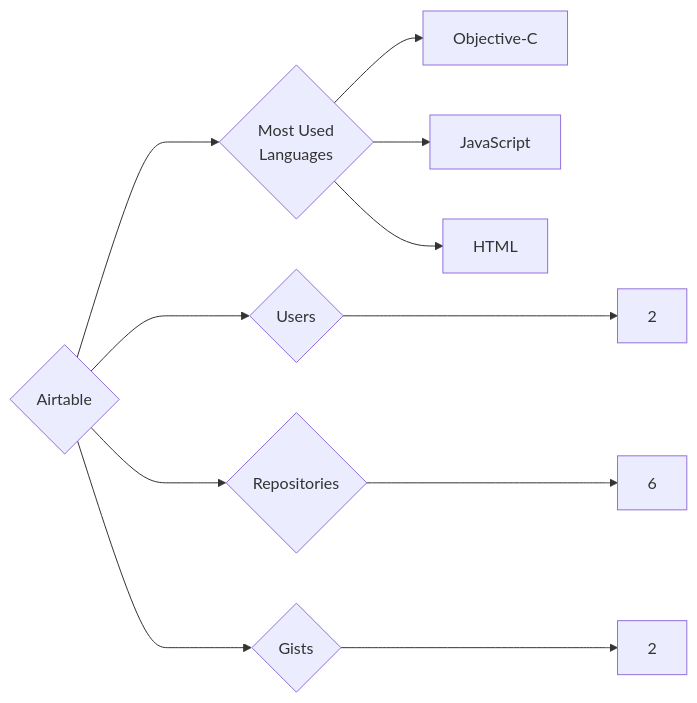
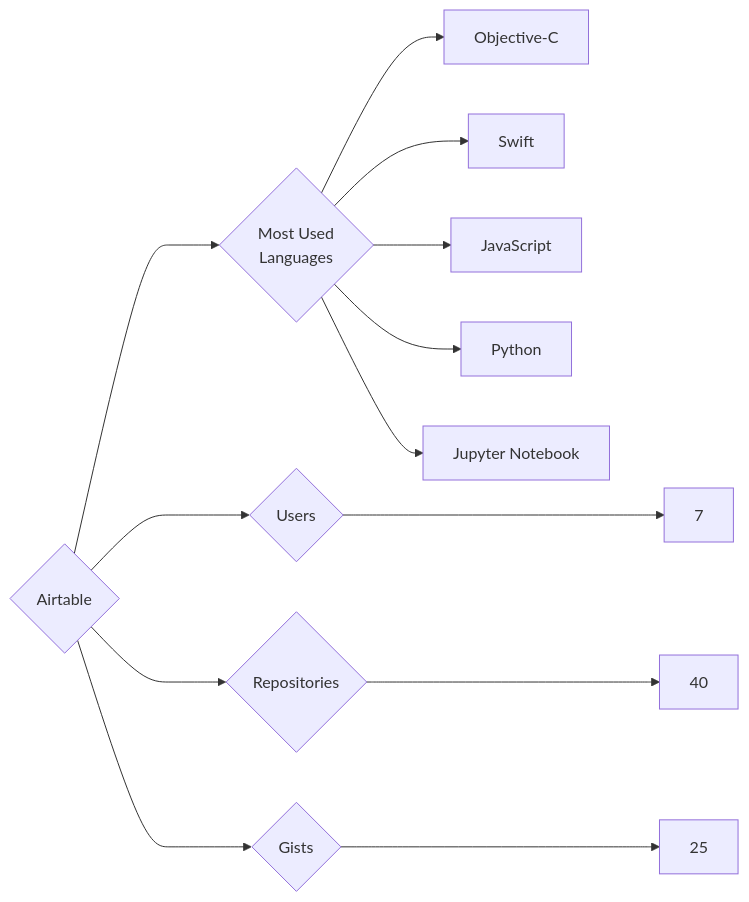
One commit to trickest/insiders changed the diagram in targets/Airtable/README.md. Above: the diagram before and after it, drawn with Mermaid. The commit also changed 724 other files, not shown here.

````diff
--- a/targets/Airtable/README.md
+++ b/targets/Airtable/README.md
@@ -3,11 +3,13 @@
 ```mermaid
 graph LR
 COMPANY_NAME{Airtable}
-COMPANY_NAME ---> U{Users} ---> UN[2]
-COMPANY_NAME ---> R{Repositories} ---> RN[6]
-COMPANY_NAME ---> G{Gists} ---> GN[2]
+COMPANY_NAME ---> U{Users} ---> UN[7]
+COMPANY_NAME ---> R{Repositories} ---> RN[40]
+COMPANY_NAME ---> G{Gists} ---> GN[25]
 COMPANY_NAME ---> ML{Most Used<br>Languages}
 ML --> Objective-C[Objective-C]
+ML --> Swift[Swift]
 ML --> JavaScript[JavaScript]
-ML --> HTML[HTML]
+ML --> Python[Python]
+ML --> Jupyter_Notebook[Jupyter Notebook]
 ```
````
